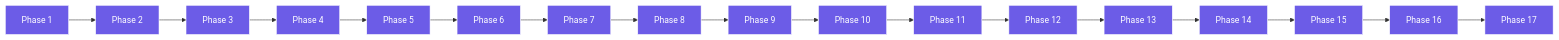
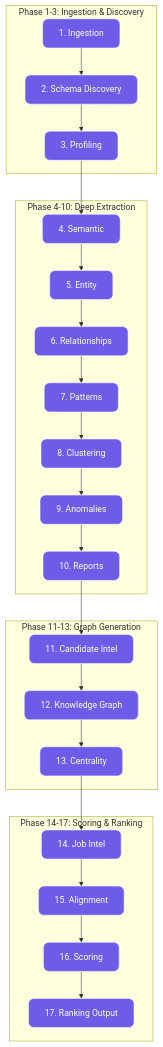
The third of 5 diagrams in README.md (SaiKarthik547/Ranker-System), drawn with Mermaid before and after one commit. The commit also changed other lines of this file, not shown here.

Commit message:
docs: update Mermaid diagrams with refined subgraph identifiers and restructured phase orchestration layout

````diff
--- a/README.md
+++ b/README.md
@@ -284,23 +283,22 @@
 ```mermaid
-flowchart LR
+flowchart TD
     %% Styling
-    classDef phase fill:#6c5ce7,stroke:#fff,stroke-width:1px,color:#fff
+    classDef phase fill:#6c5ce7,stroke:#fff,stroke-width:1px,color:#fff,rx:10px,ry:10px
 
-    P1[Phase 1]:::phase --> P2[Phase 2]:::phase
-    P2 --> P3[Phase 3]:::phase
-    P3 --> P4[Phase 4]:::phase
-    P4 --> P5[Phase 5]:::phase
-    P5 --> P6[Phase 6]:::phase
-    P6 --> P7[Phase 7]:::phase
-    P7 --> P8[Phase 8]:::phase
-    P8 --> P9[Phase 9]:::phase
-    P9 --> P10[Phase 10]:::phase
+    subgraph Block1 ["Phase 1-3: Ingestion & Discovery"]
+        P1[1. Ingestion]:::phase --> P2[2. Schema Discovery]:::phase --> P3[3. Profiling]:::phase
+    end
     
-    P10 --> P11[Phase 11]:::phase
-    P11 --> P12[Phase 12]:::phase
-    P12 --> P13[Phase 13]:::phase
-    P13 --> P14[Phase 14]:::phase
-    P14 --> P15[Phase 15]:::phase
-    P15 --> P16[Phase 16]:::phase
-    P16 --> P17[Phase 17]:::phase
+    subgraph Block2 ["Phase 4-10: Deep Extraction"]
+        P3 --> P4[4. Semantic]:::phase --> P5[5. Entity]:::phase --> P6[6. Relationships]:::phase
+        P6 --> P7[7. Patterns]:::phase --> P8[8. Clustering]:::phase --> P9[9. Anomalies]:::phase --> P10[10. Reports]:::phase
+    end
+    
+    subgraph Block3 ["Phase 11-13: Graph Generation"]
+        P10 --> P11[11. Candidate Intel]:::phase --> P12[12. Knowledge Graph]:::phase --> P13[13. Centrality]:::phase
+    end
+    
+    subgraph Block4 ["Phase 14-17: Scoring & Ranking"]
+        P13 --> P14[14. Job Intel]:::phase --> P15[15. Alignment]:::phase --> P16[16. Scoring]:::phase --> P17[17. Ranking Output]:::phase
+    end
 ```
````
